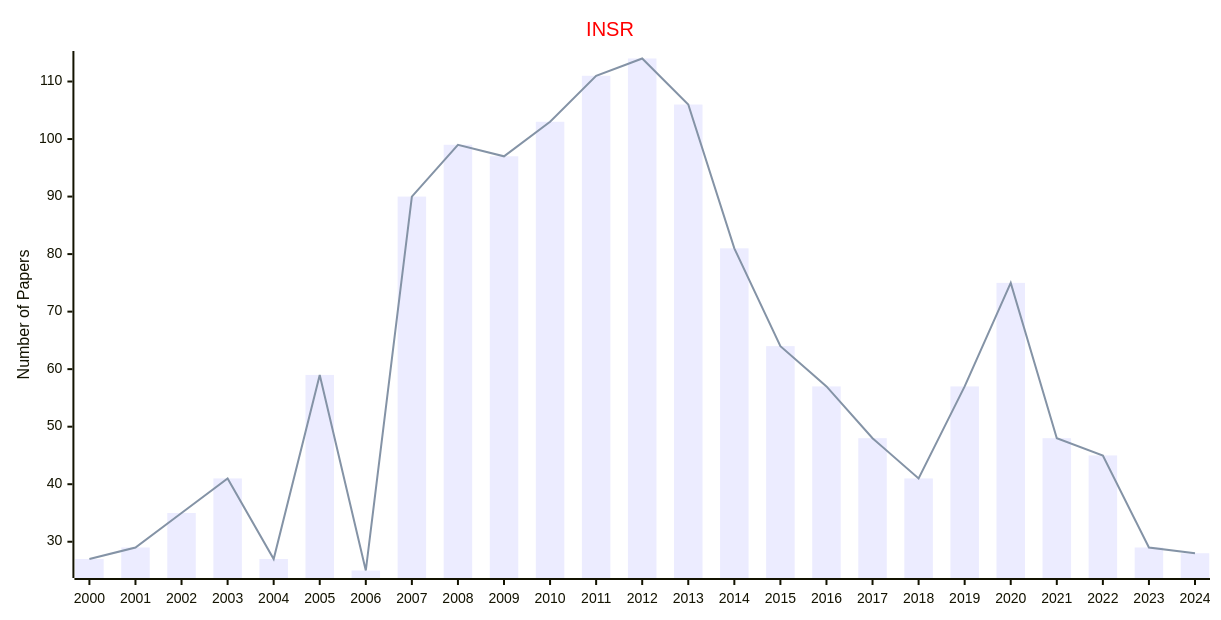
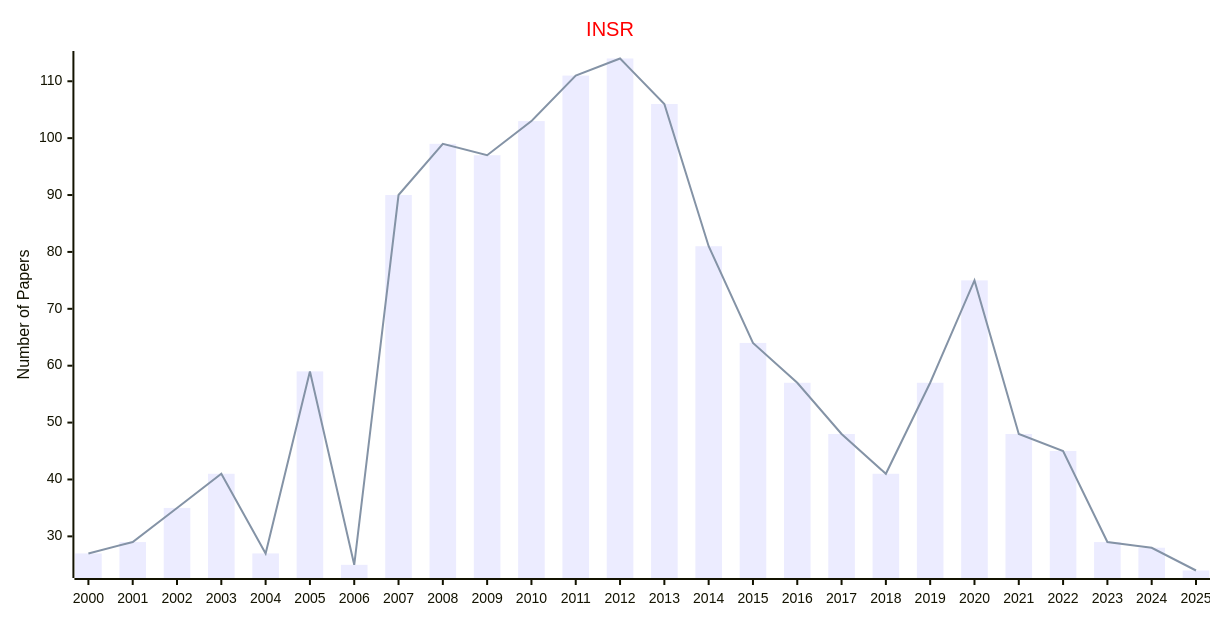
One commit to Easy-PhD/AILinks changed the ninth of 10 diagrams in docs/data/Journals/Statistics_Journals/Review_and_Survey.md. Above: the diagram before and after it, drawn with Mermaid. The commit also changed other lines of this file and 107 other files, not shown here.

````diff
--- a/docs/data/Journals/Statistics_Journals/Review_and_Survey.md
+++ b/docs/data/Journals/Statistics_Journals/Review_and_Survey.md
@@ -213,17 +213,17 @@
 ```mermaid
 ---
 config:
     xyChart:
         width: 1200
         height: 600
     themeVariables:
         xyChart:
             titleColor: "#ff0000"
 ---
 xychart-beta
     title "INSR"
-    x-axis [2000, 2001, 2002, 2003, 2004, 2005, 2006, 2007, 2008, 2009, 2010, 2011, 2012, 2013, 2014, 2015, 2016, 2017, 2018, 2019, 2020, 2021, 2022, 2023, 2024]
+    x-axis [2000, 2001, 2002, 2003, 2004, 2005, 2006, 2007, 2008, 2009, 2010, 2011, 2012, 2013, 2014, 2015, 2016, 2017, 2018, 2019, 2020, 2021, 2022, 2023, 2024, 2025]
     y-axis "Number of Papers"
-    bar [27, 29, 35, 41, 27, 59, 25, 90, 99, 97, 103, 111, 114, 106, 81, 64, 57, 48, 41, 57, 75, 48, 45, 29, 28]
-    line [27, 29, 35, 41, 27, 59, 25, 90, 99, 97, 103, 111, 114, 106, 81, 64, 57, 48, 41, 57, 75, 48, 45, 29, 28]
+    bar [27, 29, 35, 41, 27, 59, 25, 90, 99, 97, 103, 111, 114, 106, 81, 64, 57, 48, 41, 57, 75, 48, 45, 29, 28, 24]
+    line [27, 29, 35, 41, 27, 59, 25, 90, 99, 97, 103, 111, 114, 106, 81, 64, 57, 48, 41, 57, 75, 48, 45, 29, 28, 24]
 ```
````
